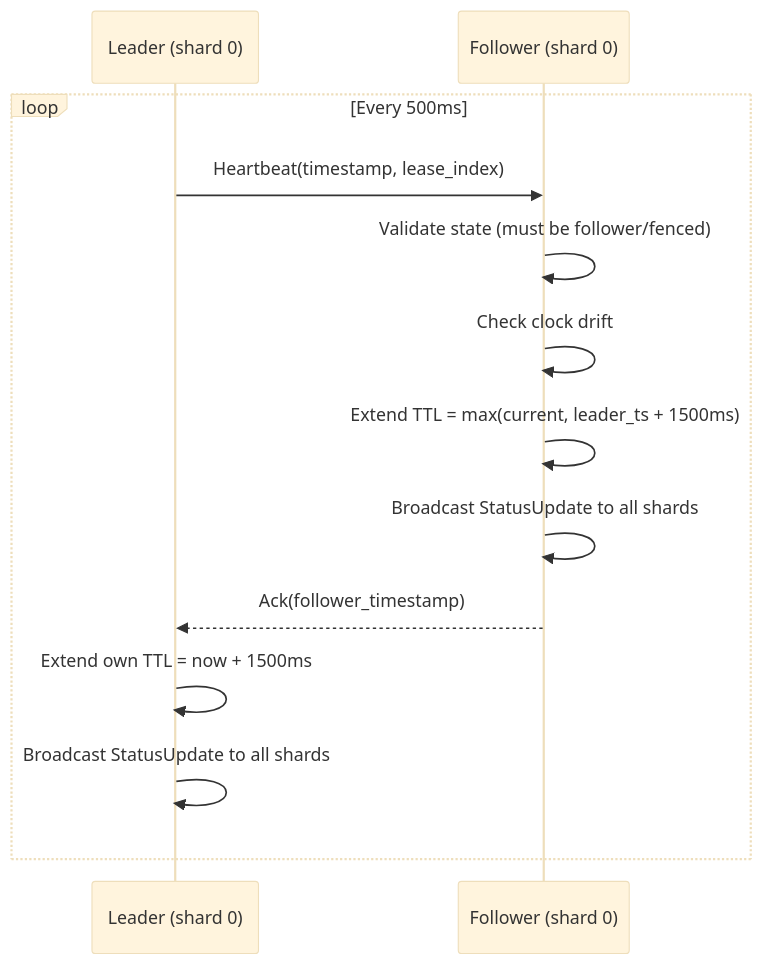
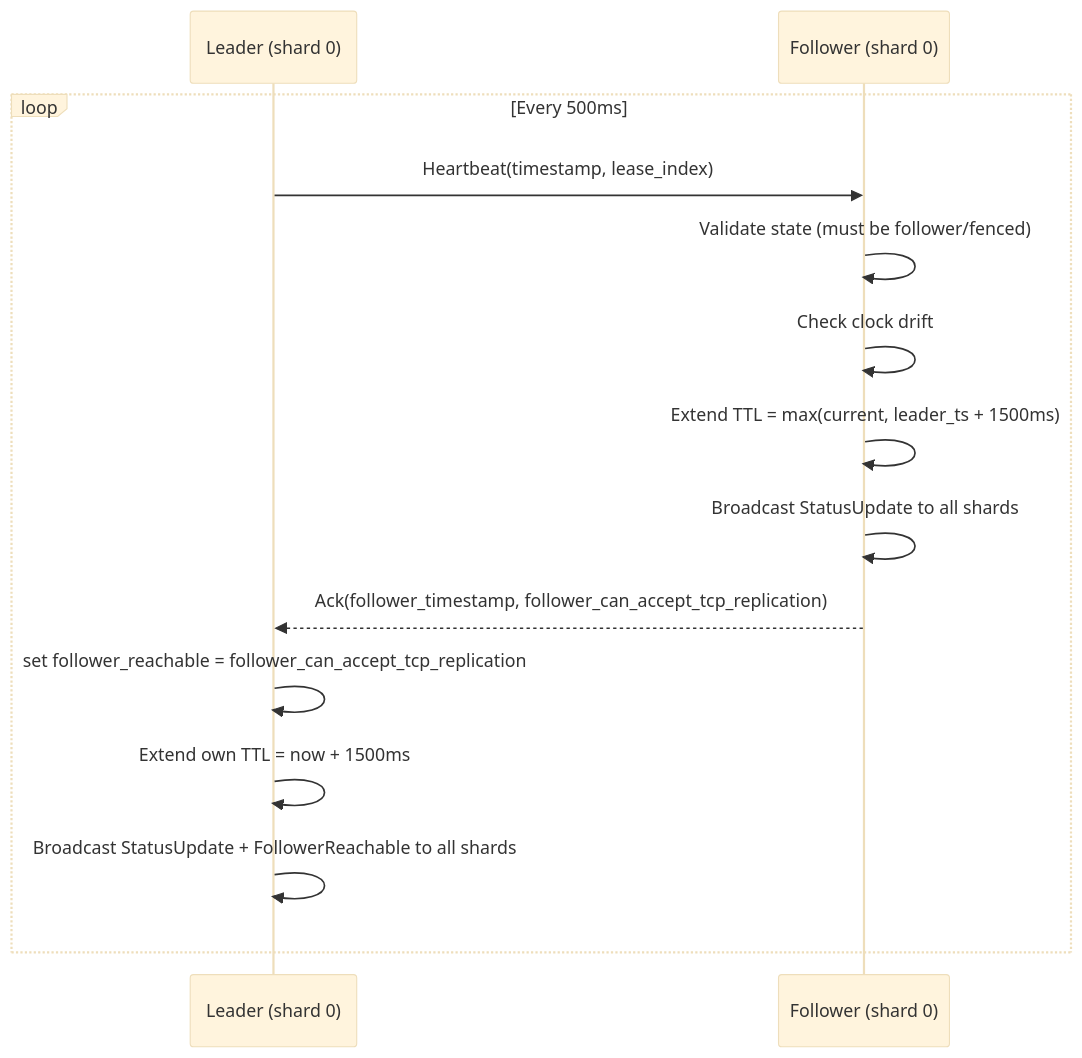
One commit to celeriant/celeriant-db changed the second of 12 diagrams in docs/leadership-replication-design.md. Above: the diagram before and after it, drawn with Mermaid (base theme). The commit also changed other lines of this file and 2 other files, not shown here.

````diff
--- a/docs/leadership-replication-design.md
+++ b/docs/leadership-replication-design.md
@@ -129,16 +129,17 @@
 ```mermaid
 sequenceDiagram
     participant L as Leader (shard 0)
     participant F as Follower (shard 0)
 
     loop Every 500ms
         L->>F: Heartbeat(timestamp, lease_index)
         F->>F: Validate state (must be follower/fenced)
         F->>F: Check clock drift
         F->>F: Extend TTL = max(current, leader_ts + 1500ms)
         F->>F: Broadcast StatusUpdate to all shards
-        F-->>L: Ack(follower_timestamp)
+        F-->>L: Ack(follower_timestamp, follower_can_accept_tcp_replication)
+        L->>L: set follower_reachable = follower_can_accept_tcp_replication
         L->>L: Extend own TTL = now + 1500ms
-        L->>L: Broadcast StatusUpdate to all shards
+        L->>L: Broadcast StatusUpdate + FollowerReachable to all shards
     end
 ```
````
